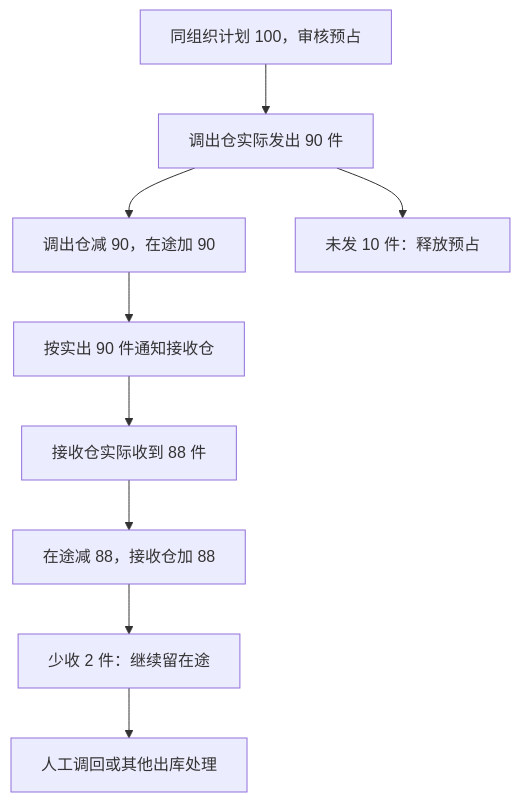
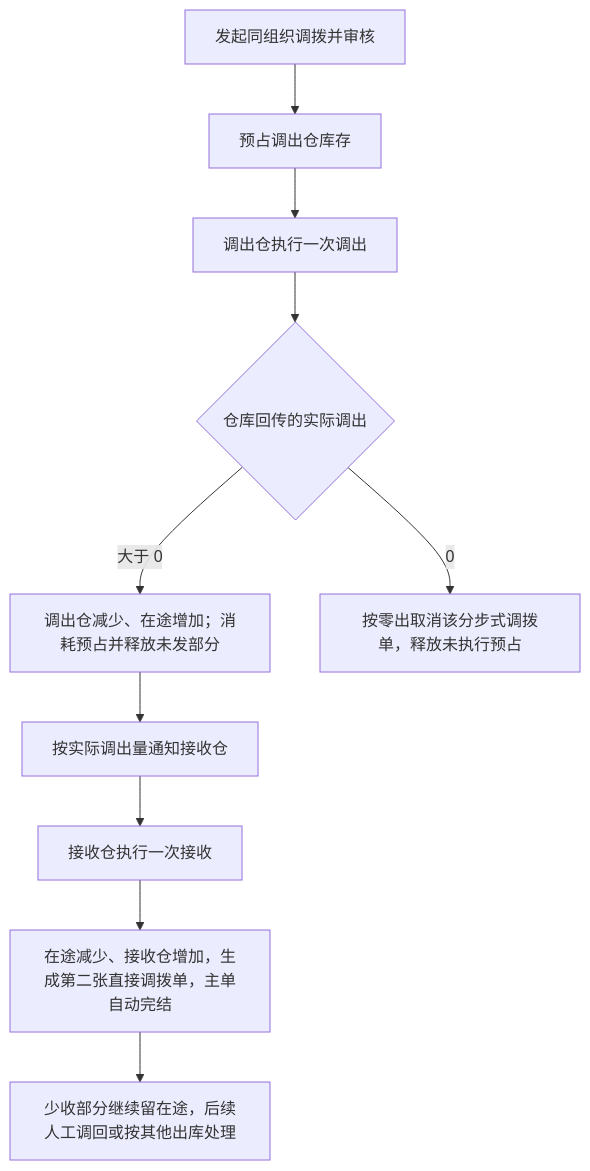
Before and after one commit to TopVitamin/QS-ERP-Project: the diagram in 03-业务分析和设计/03-库存与仓储业务设计.md, drawn with Mermaid. The commit also changed other lines of this file and 32 other files, not shown here.

````diff
--- a/03-业务分析和设计/03-库存与仓储业务设计.md
+++ b/03-业务分析和设计/03-库存与仓储业务设计.md
@@ -46,11 +100,12 @@
 ```mermaid
 flowchart TB
-    A[同组织计划 100，审核预占] --> B[调出仓实际发出 90 件]
-    B --> C[调出仓减 90，在途加 90]
-    B --> X[未发 10 件：释放预占]
-    C --> D[按实出 90 件通知接收仓]
-    D --> E[接收仓实际收到 88 件]
-    E --> F[在途减 88，接收仓加 88]
-    F --> G[少收 2 件：继续留在途]
-    G --> H[人工调回或其他出库处理]
+    A[发起同组织调拨并审核] --> A1[预占调出仓库存]
+    A1 --> B[调出仓执行一次调出]
+    B --> C{仓库回传的实际调出}
+    C -->|大于 0| D[调出仓减少、在途增加；消耗预占并释放未发部分]
+    C -->|0| E[按零出取消该分步式调拨单，释放未执行预占]
+    D --> F[按实际调出量通知接收仓]
+    F --> G[接收仓执行一次接收]
+    G --> H[在途减少、接收仓增加，生成第二张直接调拨单，主单自动完结]
+    H --> I[少收部分继续留在途，后续人工调回或按其他出库处理]
 ```
````
